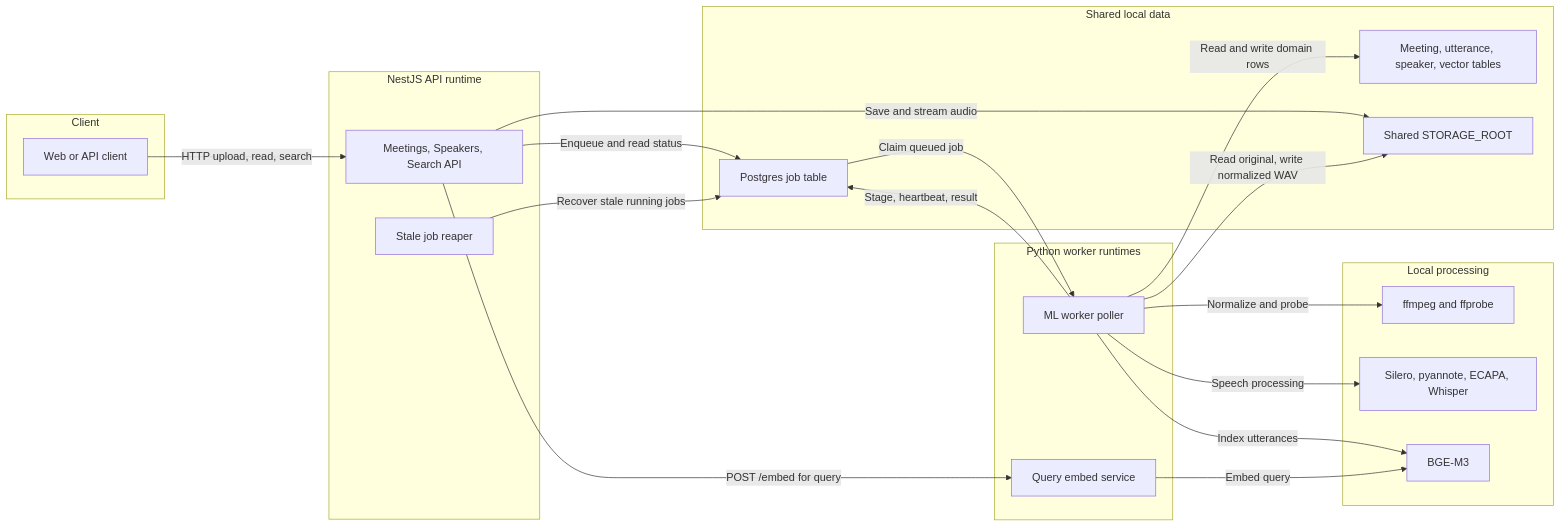
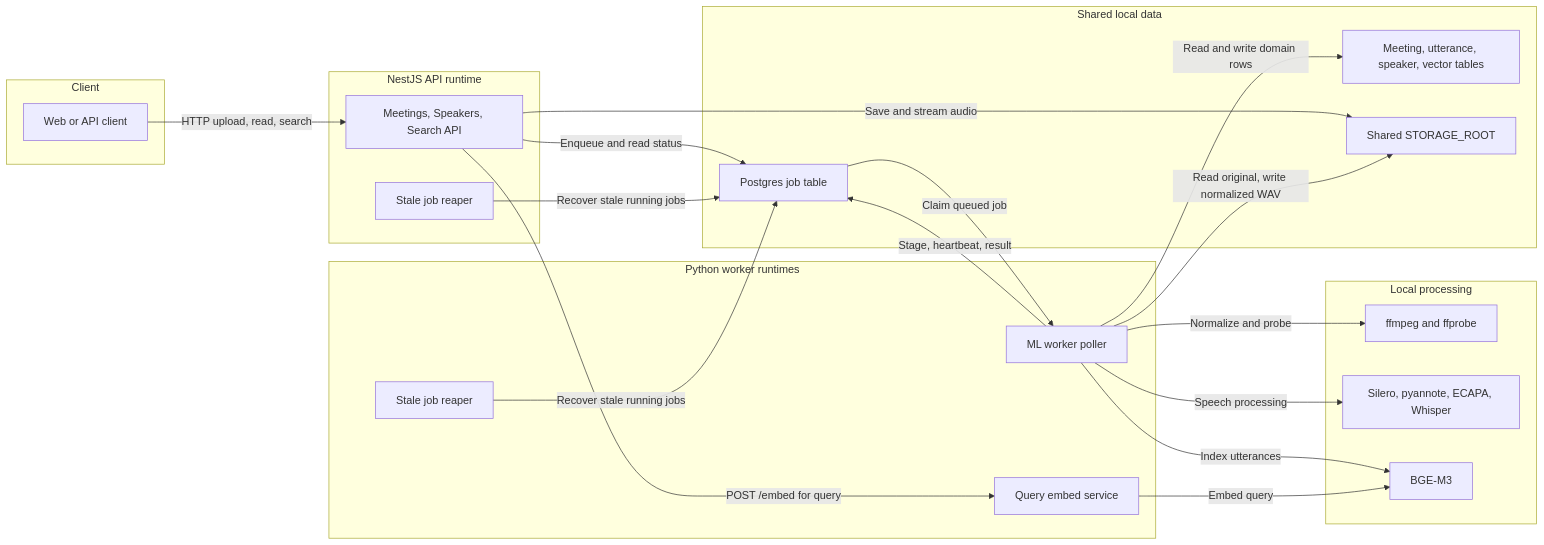
One commit to Yjason-K/Damwha changed the first of 8 diagrams in be/docs/worker-architecture.md. Above: the diagram before and after it, drawn with Mermaid. The commit also changed other lines of this file and 2 other files, not shown here.

Commit message:
docs: record resilient worker queue behavior

````diff
--- a/be/docs/worker-architecture.md
+++ b/be/docs/worker-architecture.md
@@ -29,44 +29,46 @@
 ```mermaid
 flowchart LR
     subgraph client ["Client"]
         app["Web or API client"]
     end
 
     subgraph api ["NestJS API runtime"]
         nest["Meetings, Speakers, Search API"]
         reaper["Stale job reaper"]
     end
 
     subgraph worker ["Python worker runtimes"]
         poller["ML worker poller"]
+        workerReaper["Stale job reaper"]
         embedApi["Query embed service"]
     end
 
     subgraph models ["Local processing"]
         media["ffmpeg and ffprobe"]
         speech["Silero, pyannote, ECAPA, Whisper"]
         textModel["BGE-M3"]
     end
 
     subgraph data ["Shared local data"]
         jobTable["Postgres job table"]
         domainTables["Meeting, utterance, speaker, vector tables"]
         storage["Shared STORAGE_ROOT"]
     end
 
     app -->|"HTTP upload, read, search"| nest
     nest -->|"Enqueue and read status"| jobTable
     nest -->|"Save and stream audio"| storage
     reaper -->|"Recover stale running jobs"| jobTable
+    workerReaper -->|"Recover stale running jobs"| jobTable
 
     jobTable -->|"Claim queued job"| poller
     poller -->|"Stage, heartbeat, result"| jobTable
     poller -->|"Read and write domain rows"| domainTables
     poller -->|"Read original, write normalized WAV"| storage
     poller -->|"Normalize and probe"| media
     poller -->|"Speech processing"| speech
     poller -->|"Index utterances"| textModel
 
     nest -->|"POST /embed for query"| embedApi
     embedApi -->|"Embed query"| textModel
 ```
````
